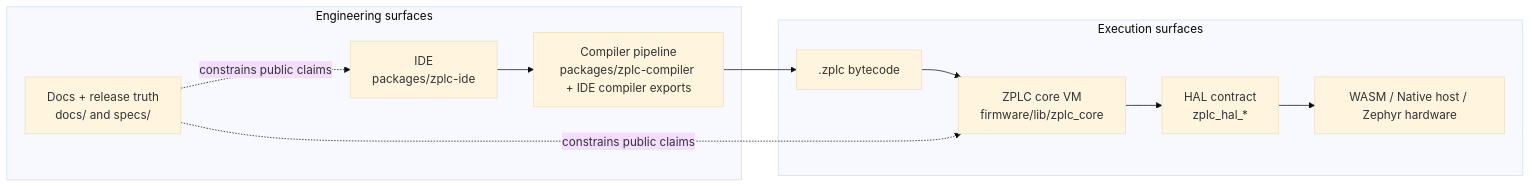
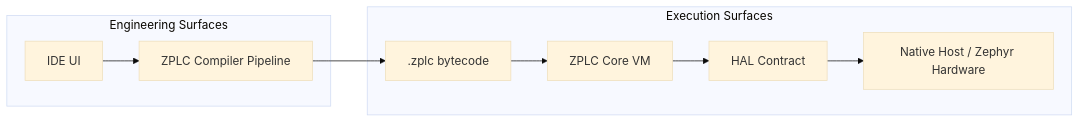
Before and after one commit to eduardojvieira/ZPLC: the diagram in docs/docs/architecture/index.md, drawn with Mermaid (base theme). The commit also changed other lines of this file and 55 other files, not shown here.

````diff
--- a/docs/docs/architecture/index.md
+++ b/docs/docs/architecture/index.md
@@ -19,23 +18,20 @@
 ```mermaid
 flowchart LR
-  subgraph Engineering[Engineering surfaces]
-    IDE[IDE\npackages/zplc-ide]
-    COMPILER[Compiler pipeline\npackages/zplc-compiler + IDE compiler exports]
-    DOCS[Docs + release truth\ndocs/ and specs/]
+  subgraph Engineering[Engineering Surfaces]
+    IDE[IDE UI]
+    COMPILER[ZPLC Compiler Pipeline]
   end
 
-  subgraph Execution[Execution surfaces]
+  subgraph Execution[Execution Surfaces]
     BYTECODE[.zplc bytecode]
-    VM[ZPLC core VM\nfirmware/lib/zplc_core]
-    HAL[HAL contract\nzplc_hal_*]
-    TARGETS[WASM / Native host / Zephyr hardware]
+    VM[ZPLC Core VM]
+    HAL[HAL Contract]
+    TARGETS[Native Host / Zephyr Hardware]
   end
 
   IDE --> COMPILER
   COMPILER --> BYTECODE
   BYTECODE --> VM
   VM --> HAL
   HAL --> TARGETS
-  DOCS -. constrains public claims .-> IDE
-  DOCS -. constrains public claims .-> VM
 ```
````
